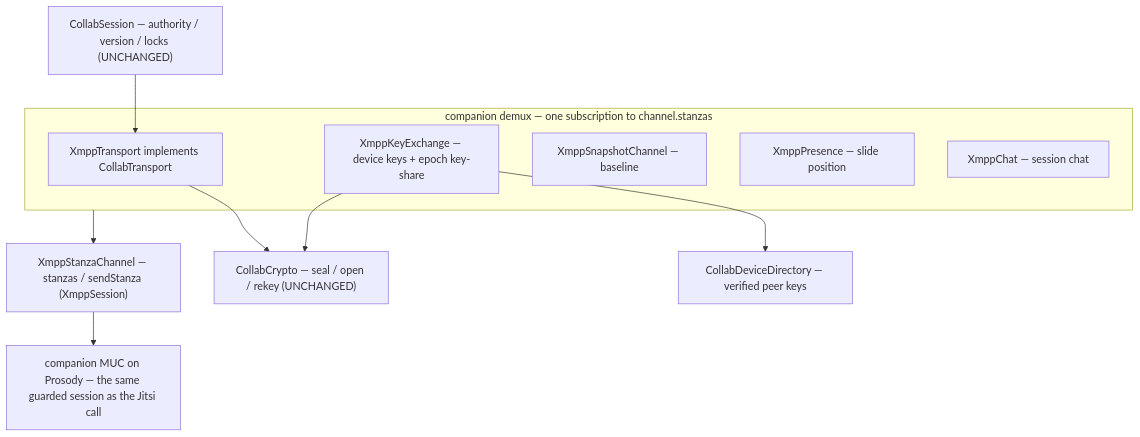
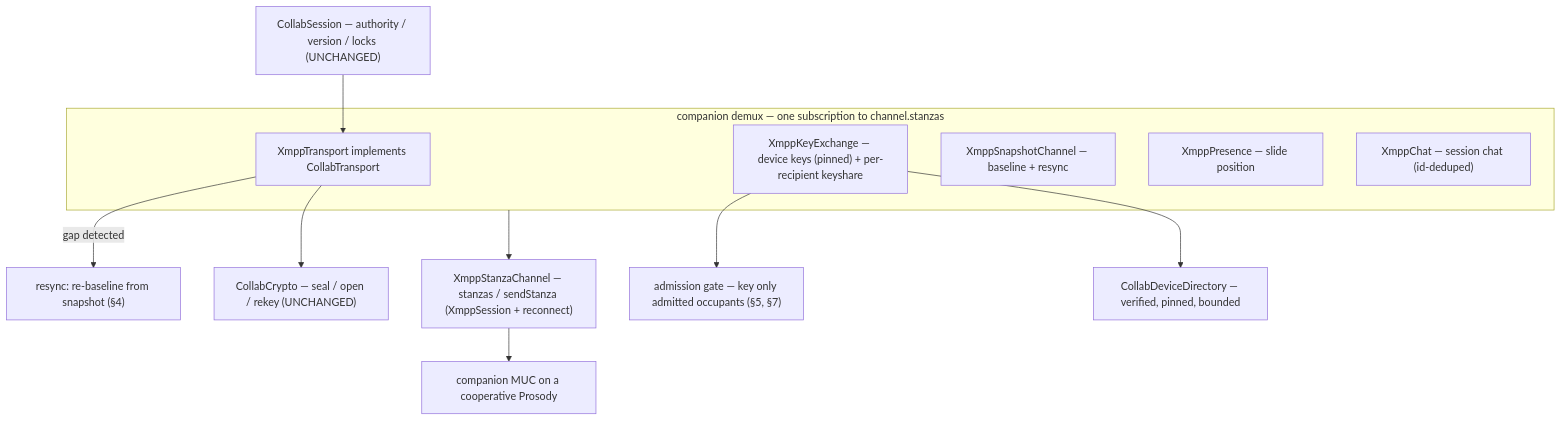
Before and after one commit to brennodewinter/Ocideck: the diagram in docs/design/XMPP_COLLAB_TRANSPORT.md, drawn with Mermaid. The commit also changed other lines of this file, not shown here.

First line of the commit message:
docs(design): XMPP CollabTransport v2 — verwerk security-architect + bewaker review

````diff
--- a/docs/design/XMPP_COLLAB_TRANSPORT.md
+++ b/docs/design/XMPP_COLLAB_TRANSPORT.md
@@ -110,17 +131,18 @@
 ```mermaid
 flowchart TB
     SESS["CollabSession — authority / version / locks (UNCHANGED)"]
     SESS --> XT["XmppTransport implements CollabTransport"]
+    XT -->|gap detected| RESYNC["resync: re-baseline from snapshot (§4)"]
     subgraph COMP["companion demux — one subscription to channel.stanzas"]
       XT
-      XKX["XmppKeyExchange — device keys + epoch key-share"]
-      XSNAP["XmppSnapshotChannel — baseline"]
+      XKX["XmppKeyExchange — device keys (pinned) + per-recipient keyshare"]
+      XSNAP["XmppSnapshotChannel — baseline + resync"]
       XPRES["XmppPresence — slide position"]
-      XCHAT["XmppChat — session chat"]
+      XCHAT["XmppChat — session chat (id-deduped)"]
     end
-    COMP --> CH["XmppStanzaChannel — stanzas / sendStanza (XmppSession)"]
-    XKX --> DIR["CollabDeviceDirectory — verified peer keys"]
+    XKX --> ADMIT["admission gate — key only admitted occupants (§5, §7)"]
+    COMP --> CH["XmppStanzaChannel — stanzas / sendStanza (XmppSession + reconnect)"]
+    XKX --> DIR["CollabDeviceDirectory — verified, pinned, bounded"]
     XT --> CRYPTO["CollabCrypto — seal / open / rekey (UNCHANGED)"]
-    XKX --> CRYPTO
-    CH --> MUC["companion MUC on Prosody — the same guarded session as the Jitsi call"]
+    CH --> MUC["companion MUC on a cooperative Prosody"]
 ```
````
